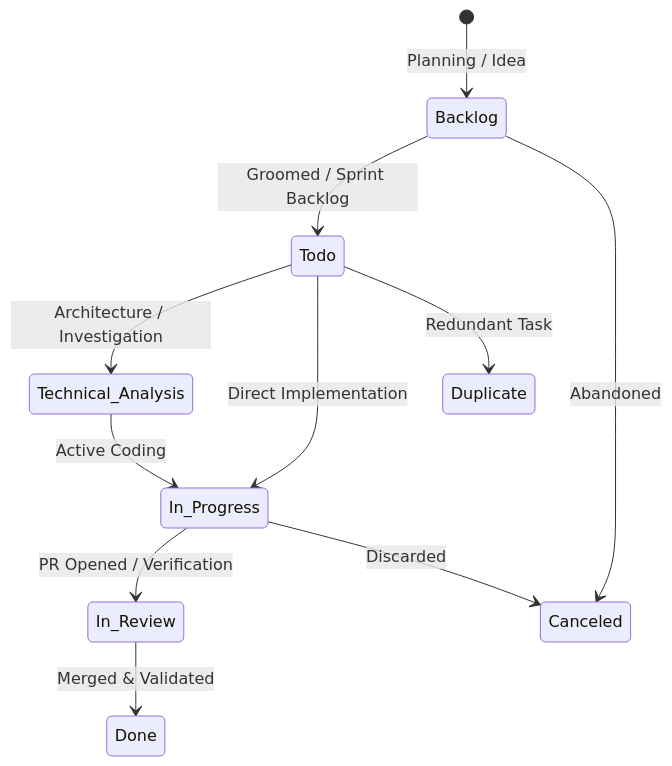
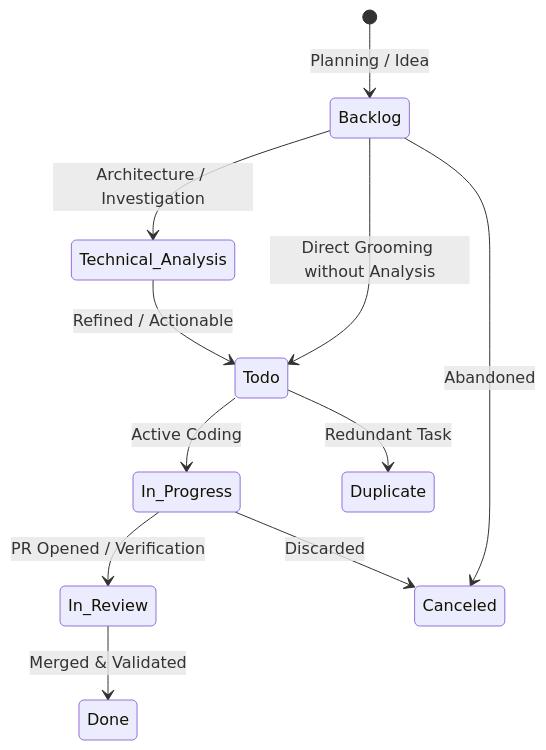
The diagram in skills/linear-workflow/references/states-and-labels.md (CaioCoelhoChaves/fk_apm), drawn with Mermaid before and after one commit. The commit also changed 1 other file, not shown here.

Commit message:
feat(linear-workflow): update state transition order to Backlog -> Technical Analysis -> Todo (#4)

````diff
--- a/skills/linear-workflow/references/states-and-labels.md
+++ b/skills/linear-workflow/references/states-and-labels.md
@@ -11,13 +11,13 @@
 ```mermaid
 stateDiagram-v2
     [*] --> Backlog: Planning / Idea
-    Backlog --> Todo: Groomed / Sprint Backlog
-    Todo --> Technical_Analysis: Architecture / Investigation
-    Technical_Analysis --> In_Progress: Active Coding
-    Todo --> In_Progress: Direct Implementation
+    Backlog --> Technical_Analysis: Architecture / Investigation
+    Technical_Analysis --> Todo: Refined / Actionable
+    Todo --> In_Progress: Active Coding
+    Backlog --> Todo: Direct Grooming without Analysis
     In_Progress --> In_Review: PR Opened / Verification
     In_Review --> Done: Merged & Validated
     Backlog --> Canceled: Abandoned
     Todo --> Duplicate: Redundant Task
     In_Progress --> Canceled: Discarded
 ```
````
